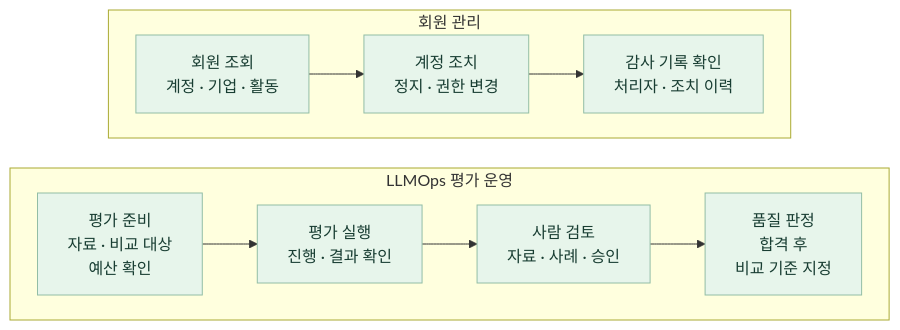
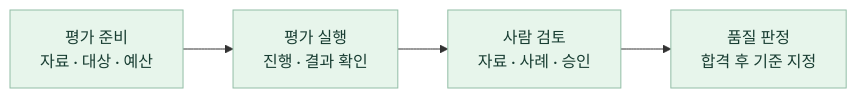
One commit to 20220348-kim/SKN34-4th-1Team changed the second of 6 diagrams in README.md. Above: the diagram before and after it, drawn with Mermaid. The commit also changed other lines of this file, not shown here.

Commit message:
문서: 관리자 순서도를 LLMOps 중심으로 간소화하고 사용자 스타일로 통일

````diff
--- a/README.md
+++ b/README.md
@@ -94,18 +92,8 @@
 ```mermaid
-%%{init: {"flowchart": {"nodeSpacing": 30, "rankSpacing": 30}}}%%
-flowchart TB
-    subgraph Management["회원 관리"]
-        direction LR
-        Check["회원 조회<br/>계정 · 기업 · 활동"] --> Accounts["계정 조치<br/>정지 · 권한 변경"]
-        Accounts --> Audit["감사 기록 확인<br/>처리자 · 조치 이력"]
-    end
-    subgraph Evaluation["LLMOps 평가 운영"]
-        direction LR
-        Setup["평가 준비<br/>자료 · 비교 대상<br/>예산 확인"] --> Run["평가 실행<br/>진행 · 결과 확인"]
-        Run --> Review["사람 검토<br/>자료 · 사례 · 승인"]
-        Review --> Baseline["품질 판정<br/>합격 후<br/>비교 기준 지정"]
-    end
-    Management ~~~ Evaluation
+flowchart LR
+    Setup["평가 준비<br/>자료 · 대상 · 예산"] --> Run["평가 실행<br/>진행 · 결과 확인"]
+    Run --> Review["사람 검토<br/>자료 · 사례 · 승인"]
+    Review --> Baseline["품질 판정<br/>합격 후 기준 지정"]
     classDef step fill:#e7f5eb,stroke:#92bda6,color:#183d32
-    class Check,Accounts,Audit,Setup,Run,Review,Baseline step
+    class Setup,Run,Review,Baseline step
 ```
````
